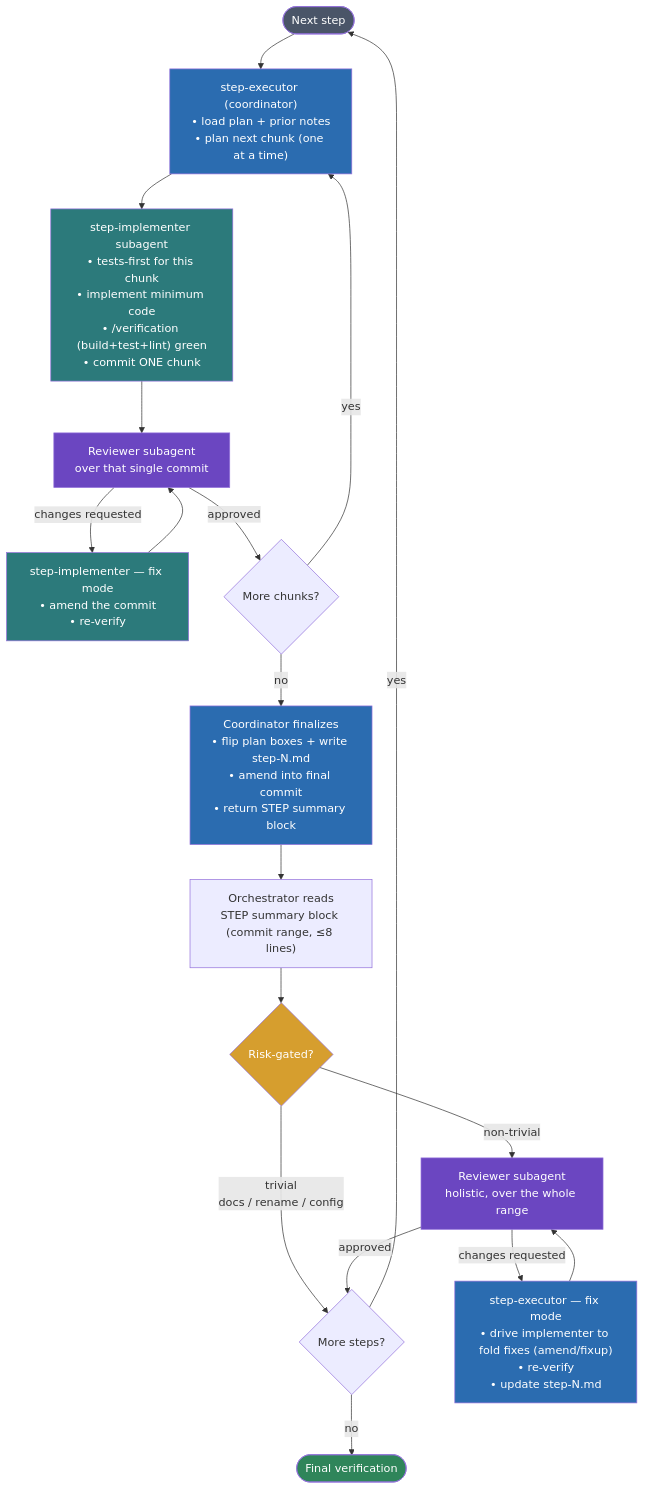
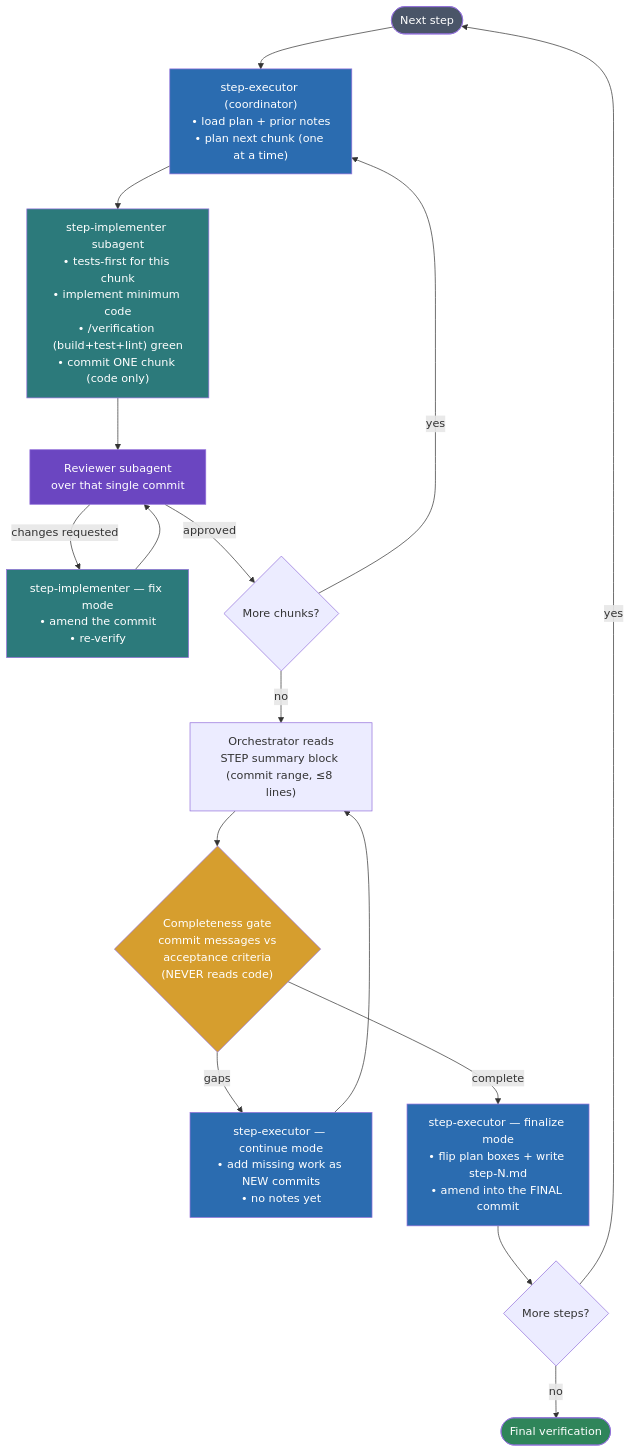
The second of 2 diagrams in README.md (POPFD/claude-sweatshop), drawn with Mermaid before and after one commit. The commit also changed other lines of this file and 3 other files, not shown here.

````diff
--- a/README.md
+++ b/README.md
@@ -106,31 +106,28 @@
 ```mermaid
 flowchart TD
     Start(["Next step"]) --> Coord["step-executor (coordinator)<br/>• load plan + prior notes<br/>• plan next chunk (one at a time)"]
-    Coord --> Impl["step-implementer subagent<br/>• tests-first for this chunk<br/>• implement minimum code<br/>• /verification (build+test+lint) green<br/>• commit ONE chunk"]
+    Coord --> Impl["step-implementer subagent<br/>• tests-first for this chunk<br/>• implement minimum code<br/>• /verification (build+test+lint) green<br/>• commit ONE chunk (code only)"]
     Impl --> CRev["Reviewer subagent<br/>over that single commit"]
     CRev -->|changes requested| CFix["step-implementer — fix mode<br/>• amend the commit<br/>• re-verify"]
     CFix --> CRev
     CRev -->|approved| More{"More chunks?"}
     More -->|yes| Coord
-    More -->|no| Notes["Coordinator finalizes<br/>• flip plan boxes + write step-N.md<br/>• amend into final commit<br/>• return STEP summary block"]
-    Notes --> Sum["Orchestrator reads<br/>STEP summary block (commit range, ≤8 lines)"]
-    Sum --> Risk{"Risk-gated?"}
-    Risk -->|trivial<br/>docs / rename / config| Next
-    Risk -->|non-trivial| Review["Reviewer subagent<br/>holistic, over the whole range"]
-    Review -->|approved| Next{"More steps?"}
-    Review -->|changes requested| Fix["step-executor — fix mode<br/>• drive implementer to fold fixes (amend/fixup)<br/>• re-verify<br/>• update step-N.md"]
-    Fix --> Review
+    More -->|no| Sum["Orchestrator reads<br/>STEP summary block (commit range, ≤8 lines)"]
+    Sum --> Gate{"Completeness gate<br/>commit messages vs<br/>acceptance criteria<br/>(NEVER reads code)"}
+    Gate -->|gaps| Cont["step-executor — continue mode<br/>• add missing work as NEW commits<br/>• no notes yet"]
+    Cont --> Sum
+    Gate -->|complete| Final["step-executor — finalize mode<br/>• flip plan boxes + write step-N.md<br/>• amend into the FINAL commit"]
+    Final --> Next{"More steps?"}
     Next -->|yes| Start
     Next -->|no| Done(["Final verification"])
 
     style Start fill:#4a5568,color:#fff
     style Coord fill:#2b6cb0,color:#fff
     style Impl fill:#2c7a7b,color:#fff
     style CFix fill:#2c7a7b,color:#fff
-    style Notes fill:#2b6cb0,color:#fff
+    style Cont fill:#2b6cb0,color:#fff
+    style Final fill:#2b6cb0,color:#fff
     style CRev fill:#6b46c1,color:#fff
-    style Review fill:#6b46c1,color:#fff
-    style Fix fill:#2b6cb0,color:#fff
-    style Risk fill:#d69e2e,color:#fff
+    style Gate fill:#d69e2e,color:#fff
     style Done fill:#2f855a,color:#fff
 ```
````
